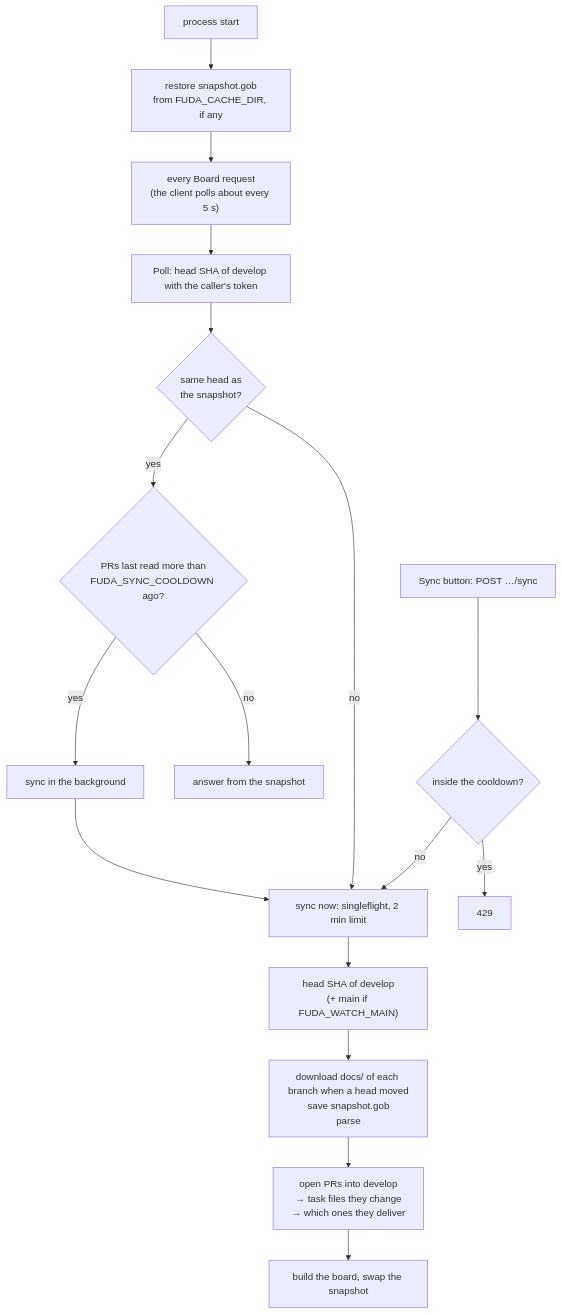
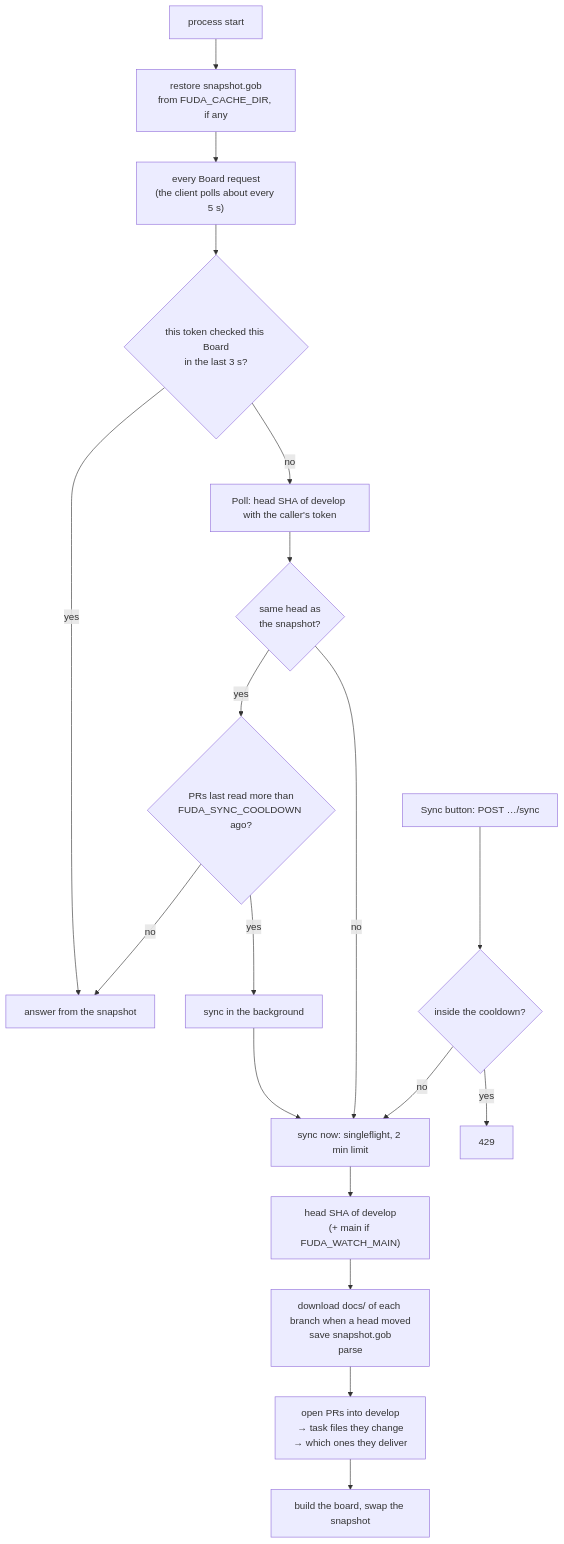
Before and after one commit to milos-sikic-nimbus-tech/fuda: the third of 6 diagrams in docs/architecture.md, drawn with Mermaid. The commit also changed other lines of this file and 71 other files, not shown here.

````diff
--- a/docs/architecture.md
+++ b/docs/architecture.md
@@ -160,15 +167,17 @@
 ```mermaid
 flowchart TD
   START["process start"] --> R["restore snapshot.gob<br/>from FUDA_CACHE_DIR, if any"] --> REQ
-  REQ["every Board request<br/>(the client polls about every 5 s)"] --> H["Poll: head SHA of develop with the caller's token"]
+  REQ["every Board request<br/>(the client polls about every 5 s)"] --> GATE{"this token checked this Board<br/>in the last 3 s?"}
+  GATE -- yes --> ANS
+  GATE -- no --> H["Poll: head SHA of develop with the caller's token"]
   H --> SAME{"same head as<br/>the snapshot?"}
   SAME -- yes --> DUE{"PRs last read more than<br/>FUDA_SYNC_COOLDOWN ago?"}
   DUE -- yes --> BG["sync in the background"] --> S
   DUE -- no --> ANS["answer from the snapshot"]
   SAME -- no --> S["sync now: singleflight, 2 min limit"]
   B["Sync button: POST …/sync"] --> BC{"inside the cooldown?"}
   BC -- yes --> TMR["429"]
   BC -- no --> S
   S --> HM["head SHA of develop<br/>(+ main if FUDA_WATCH_MAIN)"] --> F["download docs/ of each branch when a head moved<br/>save snapshot.gob<br/>parse"] --> PRS
   PRS["open PRs into develop<br/>→ task files they change<br/>→ which ones they deliver"] --> SWAP["build the board, swap the snapshot"]
 ```
````
